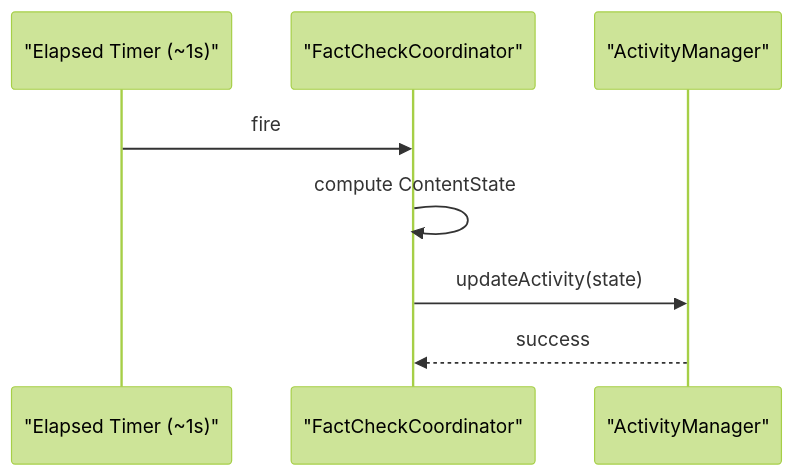
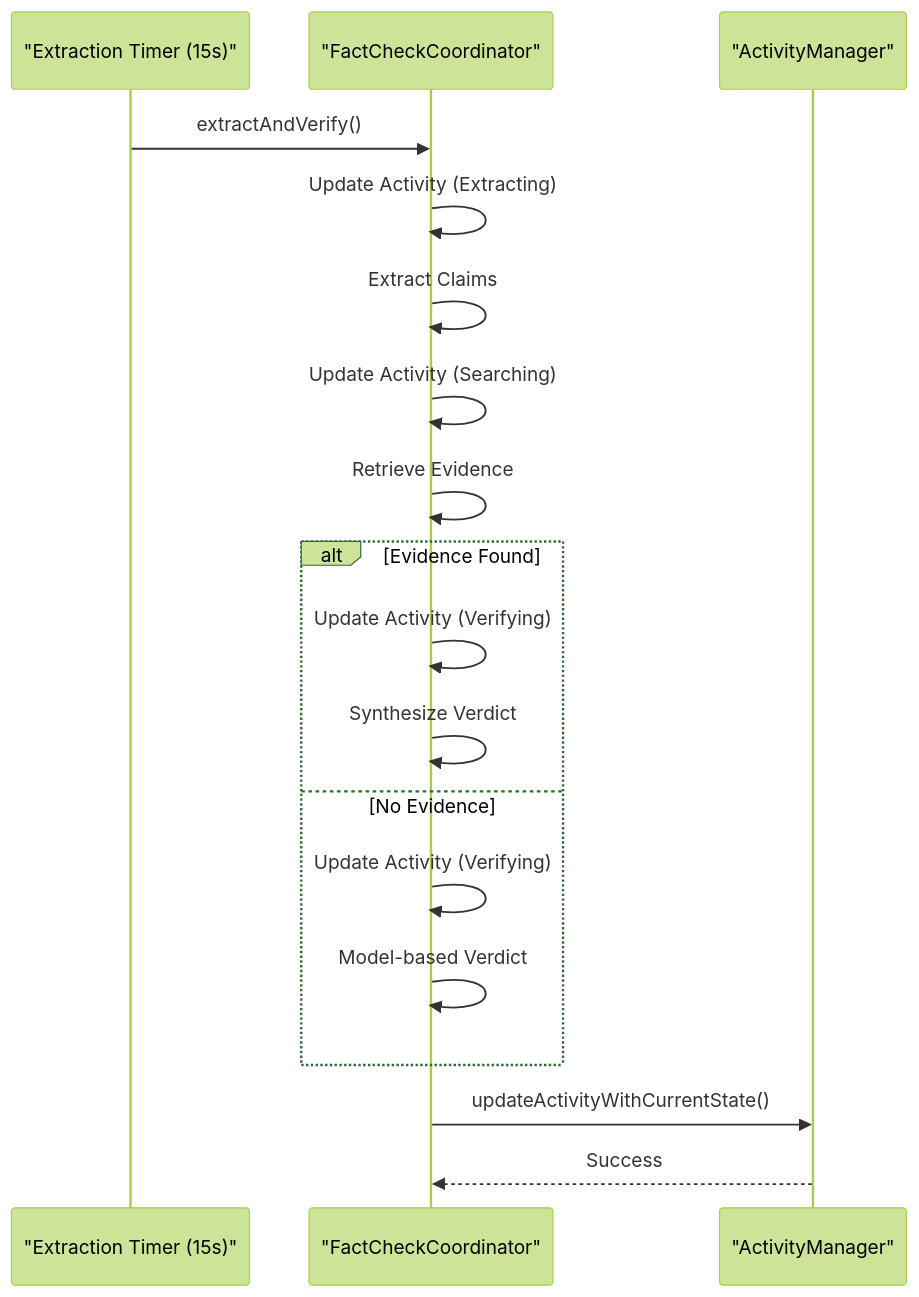
One commit to alexandreybasta-cyber/factshield-ios changed the sixth of 9 diagrams in .qoder/repowiki/en/content/Live Activity Integration/Live Activity Integration.md. Above: the diagram before and after it, drawn with Mermaid (forest theme). The commit also changed other lines of this file and 97 other files, not shown here.

````diff
--- a/.qoder/repowiki/en/content/Live Activity Integration/Live Activity Integration.md
+++ b/.qoder/repowiki/en/content/Live Activity Integration/Live Activity Integration.md
@@ -284,10 +367,20 @@
 ```mermaid
 sequenceDiagram
-participant Timer as "Elapsed Timer (~1s)"
+participant Timer as "Extraction Timer (15s)"
 participant Coord as "FactCheckCoordinator"
 participant AM as "ActivityManager"
-Timer->>Coord : fire
-Coord->>Coord : compute ContentState
-Coord->>AM : updateActivity(state)
-AM-->>Coord : success
+Timer->>Coord : extractAndVerify()
+Coord->>Coord : Update Activity (Extracting)
+Coord->>Coord : Extract Claims
+Coord->>Coord : Update Activity (Searching)
+Coord->>Coord : Retrieve Evidence
+alt Evidence Found
+Coord->>Coord : Update Activity (Verifying)
+Coord->>Coord : Synthesize Verdict
+else No Evidence
+Coord->>Coord : Update Activity (Verifying)
+Coord->>Coord : Model-based Verdict
+end
+Coord->>AM : updateActivityWithCurrentState()
+AM-->>Coord : Success
 ```
````
